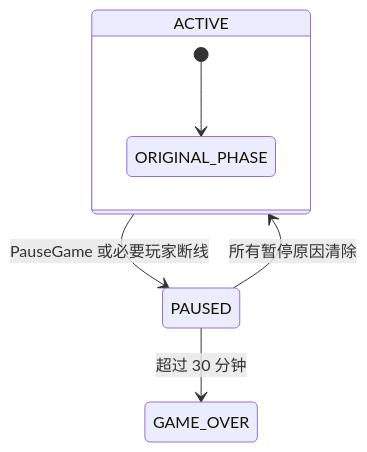
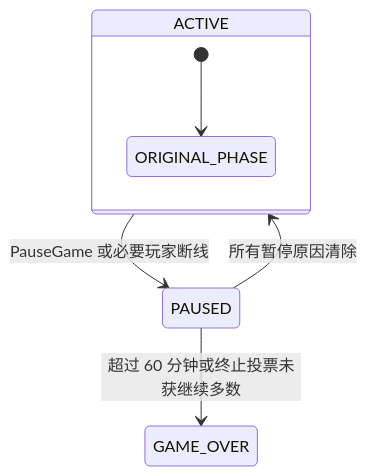
Before and after one commit to Anguy491/Avalon: the second of 2 diagrams in docs/server-state-machine.zh-CN.md, drawn with Mermaid. The commit also changed other lines of this file and 51 other files, not shown here.

````diff
--- a/docs/server-state-machine.zh-CN.md
+++ b/docs/server-state-machine.zh-CN.md
@@ -158,9 +160,9 @@
 ```mermaid
 stateDiagram-v2
     state ACTIVE {
         [*] --> ORIGINAL_PHASE
     }
     ACTIVE --> PAUSED: PauseGame 或必要玩家断线
     PAUSED --> ACTIVE: 所有暂停原因清除
-    PAUSED --> GAME_OVER: 超过 30 分钟
+    PAUSED --> GAME_OVER: 超过 60 分钟或终止投票未获继续多数
 ```
````
